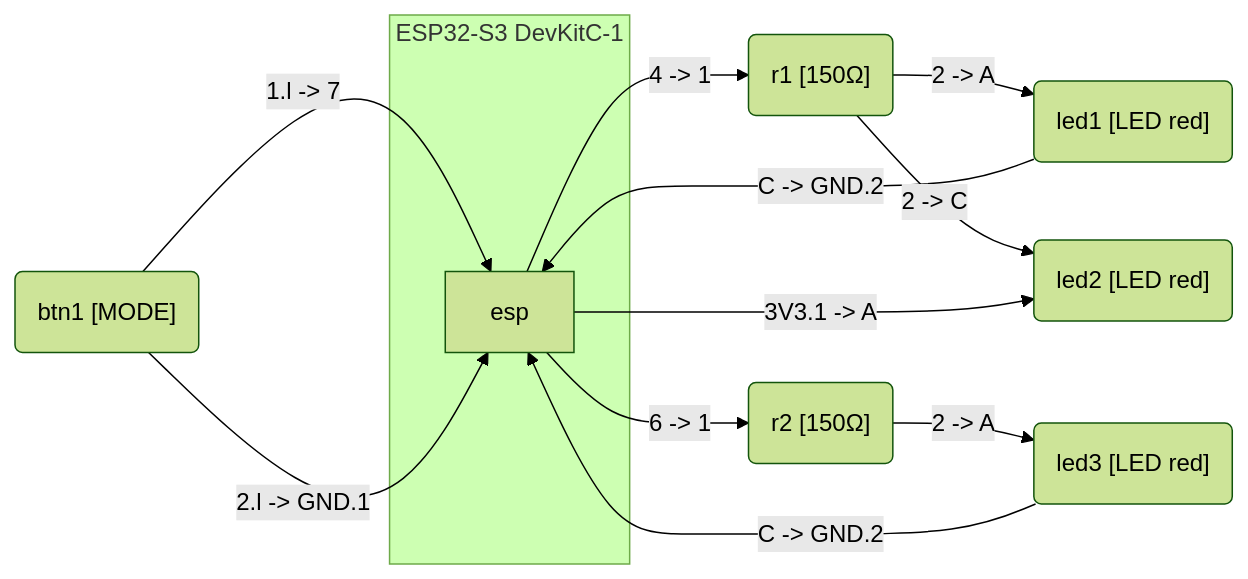
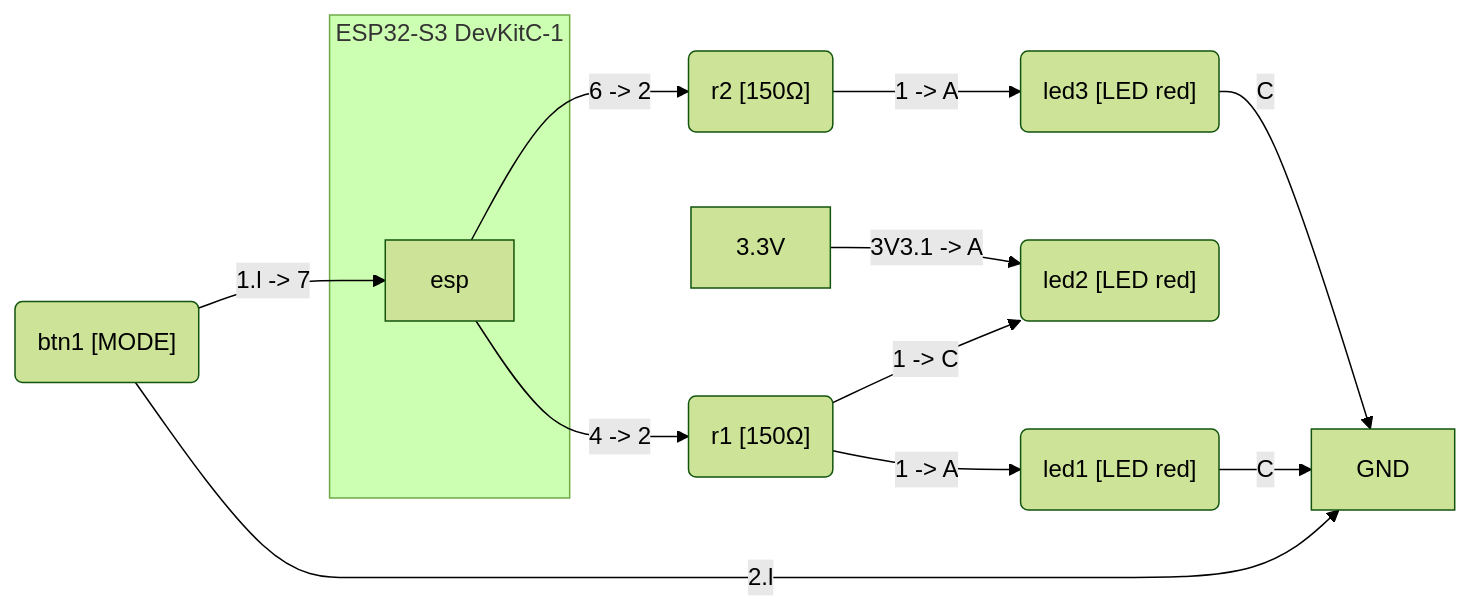
The diagram in homeworks/1_3-police-flasher/README.md (VLoktiev-EMB/homeworks), drawn with Mermaid (forest theme) before and after one commit. The commit also changed other lines of this file and 41 other files, not shown here.

````diff
--- a/homeworks/1_3-police-flasher/README.md
+++ b/homeworks/1_3-police-flasher/README.md
@@ -29,23 +29,23 @@
 ```mermaid
 flowchart LR
     subgraph Board["ESP32-S3 DevKitC-1"]
         esp[esp]
     end
     r1("r1 [150Ω]")
     led1("led1 [LED red]")
     led2("led2 [LED red]")
     r2("r2 [150Ω]")
     led3("led3 [LED red]")
     btn1("btn1 [MODE]")
 
     btn1 -->|1.l -> 7| esp
-    btn1 -->|2.l -> GND.1| esp
-    esp -->|4 -> 1| r1
-    r1 -->|2 -> A| led1
-    r1 -->|2 -> C| led2
-    led1 -->|C -> GND.2| esp
-    esp -->|3V3.1 -> A| led2
-    esp -->|6 -> 1| r2
-    r2 -->|2 -> A| led3
-    led3 -->|C -> GND.2| esp
+    btn1 -->|2.l| gnd[GND]
+    esp -->|4 -> 2| r1
+    r1 -->|1 -> A| led1
+    r1 -->|1 -> C| led2
+    pwr["3.3V"] -->|3V3.1 -> A| led2
+    led1 -->|C| gnd[GND]
+    esp -->|6 -> 2| r2
+    r2 -->|1 -> A| led3
+    led3 -->|C| gnd[GND]
 ```
````
